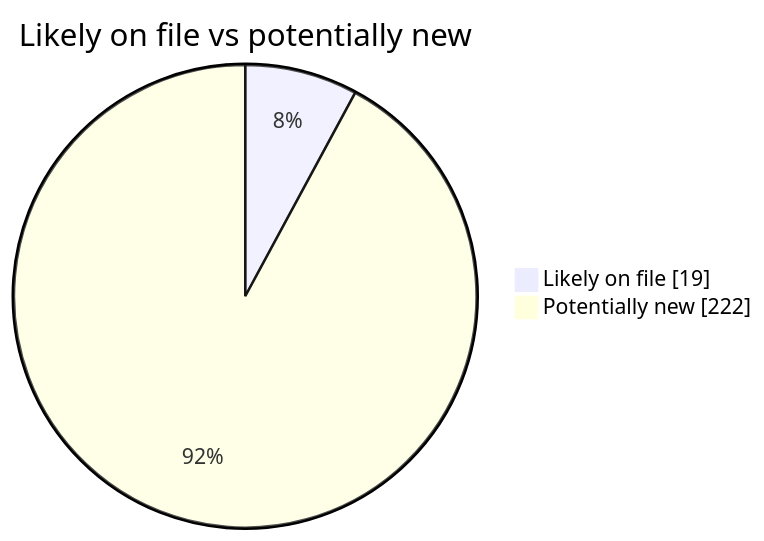
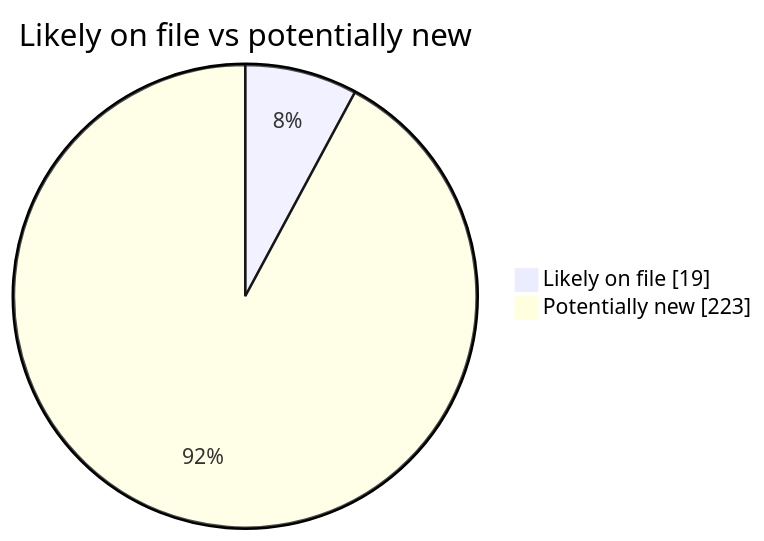
The second of 4 diagrams in README.md (martinbalfanz/social-scanner-reports), drawn with Mermaid before and after one commit. The commit also changed other lines of this file and 2 other files, not shown here.

````diff
--- a/README.md
+++ b/README.md
@@ -40,5 +40,5 @@
 ```mermaid
 pie showData title Likely on file vs potentially new
     "Likely on file" : 19
-    "Potentially new" : 222
+    "Potentially new" : 223
 ```
````
